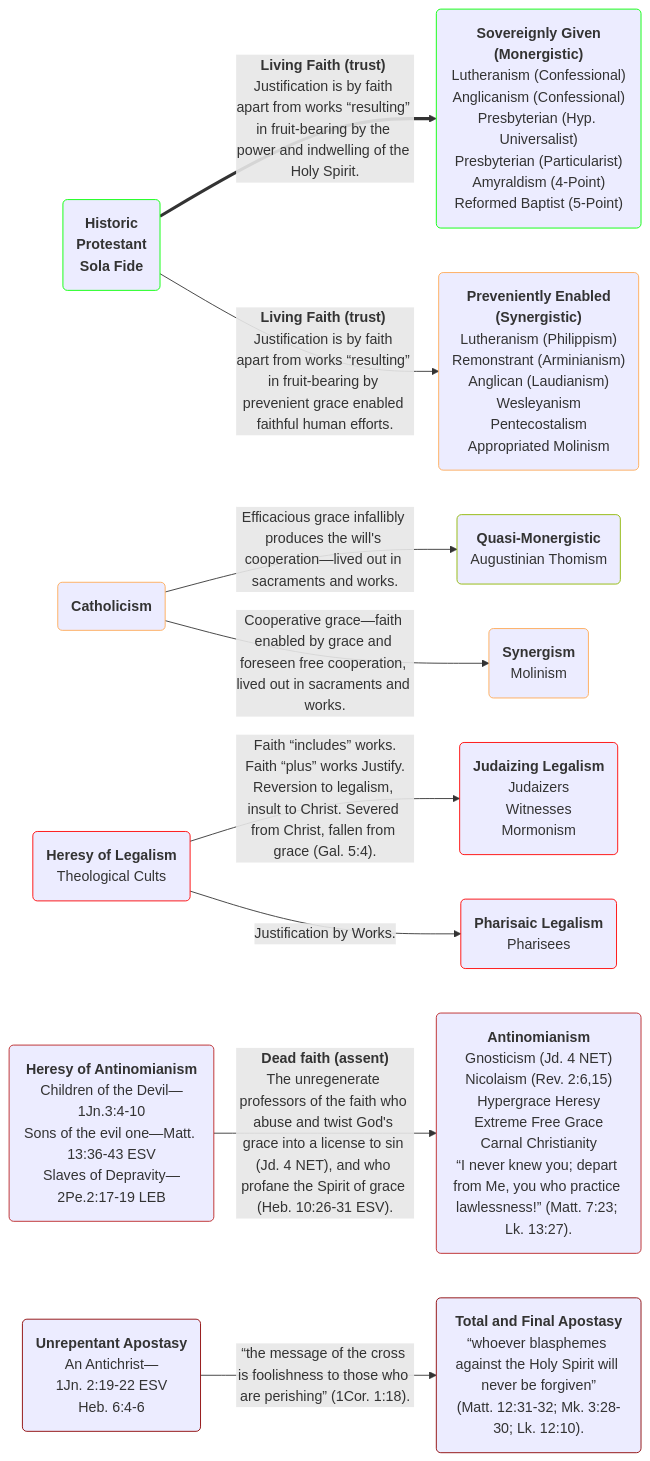
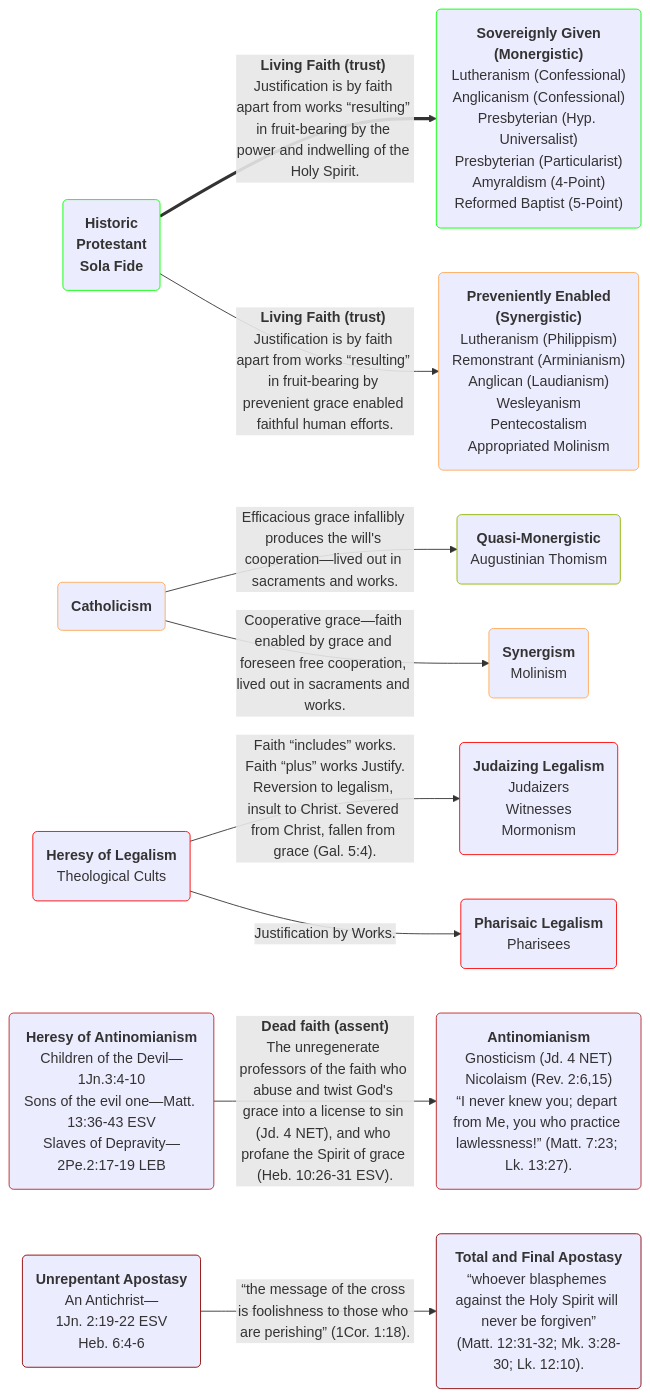
The first of 3 diagrams in _posts/2025-08-03-historic-protestant-position.markdown (OrdoLuminis/ordoluminis.github.io), drawn with Mermaid before and after one commit. The commit also changed other lines of this file, not shown here.

````diff
--- a/_posts/2025-08-03-historic-protestant-position.markdown
+++ b/_posts/2025-08-03-historic-protestant-position.markdown
@@ -55,24 +55,24 @@
 ```mermaid
 %%{init: {'theme':'default'}}%%
 flowchart LR
     A(<strong>Historic<br>Protestant<br>Sola Fide</strong>):::green
     B(<strong>Catholicism</strong>):::orange
     C(<strong>Heresy of Legalism</strong><br>Theological Cults):::red
     D(<strong>Heresy of Antinomianism</strong><br>Children of the Devil&mdash;1Jn.3:4-10<br>Sons of the evil one&mdash;Matt. 13:36-43 ESV<br>Slaves of Depravity&mdash;2Pe.2:17-19 LEB):::firebrick
     F(<strong>Unrepentant Apostasy</strong><br>An Antichrist&mdash;<br>1Jn. 2:19-22 ESV<br>Heb. 6:4-6):::darkred
     A ==>|<strong>Living Faith &lpar;trust&rpar;</strong> Justification is by faith apart from works &ldquo;resulting&rdquo; in fruit-bearing by the power and indwelling of the Holy Spirit.| G(<strong>Sovereignly Given<br>&lpar;Monergistic&rpar;</strong><br>Lutheranism &lpar;Confessional&rpar;<br>Anglicanism &lpar;Confessional&rpar;<br>Presbyterian &lpar;Hyp. Universalist&rpar;<br>Presbyterian &lpar;Particularist&rpar;<br>Amyraldism &lpar;4-Point&rpar;<br>Reformed Baptist &lpar;5-Point&rpar;):::green
     A -->|<strong>Living Faith &lpar;trust&rpar;</strong> Justification is by faith apart from works &ldquo;resulting&rdquo; in fruit-bearing by prevenient grace enabled faithful human efforts.| H(<strong>Preveniently Enabled<br>&lpar;Synergistic&rpar;</strong><br>Lutheranism &lpar;Philippism&rpar;<br>Remonstrant &lpar;Arminianism&rpar;<br>Anglican &lpar;Laudianism&rpar;<br>Wesleyanism<br>Pentecostalism<br>Appropriated Molinism):::orange
     B -->|Efficacious grace infallibly produces the will's cooperation&mdash;lived out in sacraments and works.| I(<strong>Quasi-Monergistic</strong><br>Augustinian Thomism):::yellowgreen
     B -->|Cooperative grace&mdash;faith enabled by grace and foreseen free cooperation, lived out in sacraments and works.| J(<strong>Synergism</strong><br>Molinism):::orange
     C -->|Faith &ldquo;includes&rdquo; works.<br>Faith &ldquo;plus&rdquo; works Justify.<br>Reversion to legalism, insult to Christ. Severed from Christ, fallen from grace &lpar;Gal. 5:4&rpar;.| K(<strong>Judaizing Legalism</strong><br>Judaizers<br>Witnesses<br>Mormonism):::red
     C -->|Justification by Works.| L(<strong>Pharisaic Legalism</strong><br>Pharisees<br>):::red
-    D -->|<strong>Dead faith &lpar;assent&rpar;</strong><br>The unregenerate professors of the faith who abuse and twist God's grace into a license to sin &lpar;Jd. 4 NET&rpar;, and who profane the Spirit of grace &lpar;Heb. 10:26-31 ESV&rpar;.| M(<strong>Antinomianism</strong><br>Gnosticism &lpar;Jd. 4 NET&rpar;<br>Nicolaism &lpar;Rev. 2:6,15&rpar;<br>Hypergrace Heresy<br>Extreme Free Grace<br>Carnal Christianity<br>&ldquo;I never knew you; depart from Me, you who practice lawlessness!&rdquo; &lpar;Matt. 7:23; Lk. 13:27&rpar;.):::firebrick
+    D -->|<strong>Dead faith &lpar;assent&rpar;</strong><br>The unregenerate professors of the faith who abuse and twist God's grace into a license to sin &lpar;Jd. 4 NET&rpar;, and who profane the Spirit of grace &lpar;Heb. 10:26-31 ESV&rpar;.| M(<strong>Antinomianism</strong><br>Gnosticism &lpar;Jd. 4 NET&rpar;<br>Nicolaism &lpar;Rev. 2:6,15&rpar;<br>&ldquo;I never knew you; depart from Me, you who practice lawlessness!&rdquo; &lpar;Matt. 7:23; Lk. 13:27&rpar;.):::firebrick
     F -->|&ldquo;the message of the cross is foolishness to those who are perishing&rdquo; &lpar;1Cor. 1:18&rpar;.| N(<strong>Total and Final Apostasy</strong><br>&ldquo;whoever blasphemes against the Holy Spirit will never be forgiven&rdquo;<br>&lpar;Matt. 12:31-32; Mk. 3:28-30; Lk. 12:10&rpar;.):::darkred
     classDef red stroke:#f00
     classDef green stroke:#0f0
     classDef yellowgreen stroke:#8db600
     classDef orange stroke:#fa5
     classDef firebrick stroke:#b22
     classDef darkred stroke:#8B0000
     classDef darkerred stroke:#701705
 ```
````
